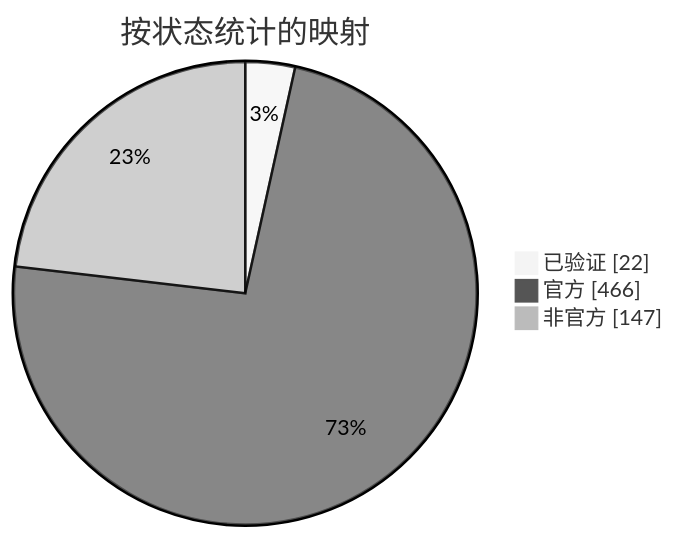
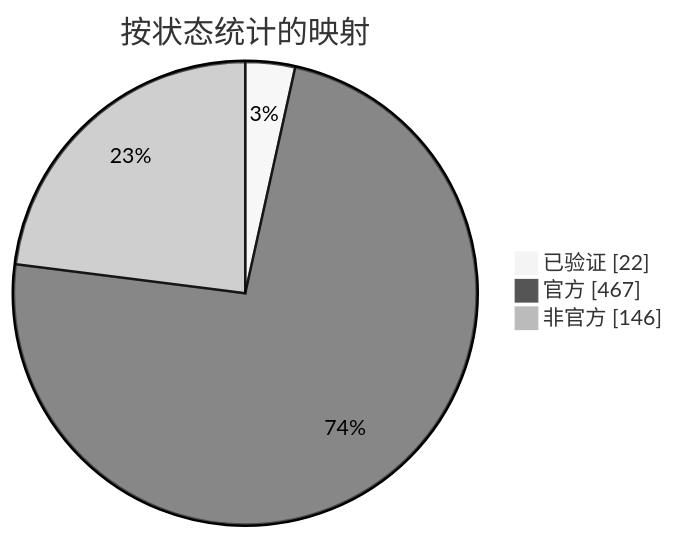
One commit to nobrega8/mbmap-library changed the diagram in docs/readme/README_ZHS.md. Above: the diagram before and after it, drawn with Mermaid (neutral theme). The commit also changed 6 other files, not shown here.

````diff
--- a/docs/readme/README_ZHS.md
+++ b/docs/readme/README_ZHS.md
@@ -54,7 +54,7 @@
 ```mermaid
 pie showData
     title 按状态统计的映射
     "已验证" : 22
-    "官方" : 466
-    "非官方" : 147
+    "官方" : 467
+    "非官方" : 146
 ```
````
